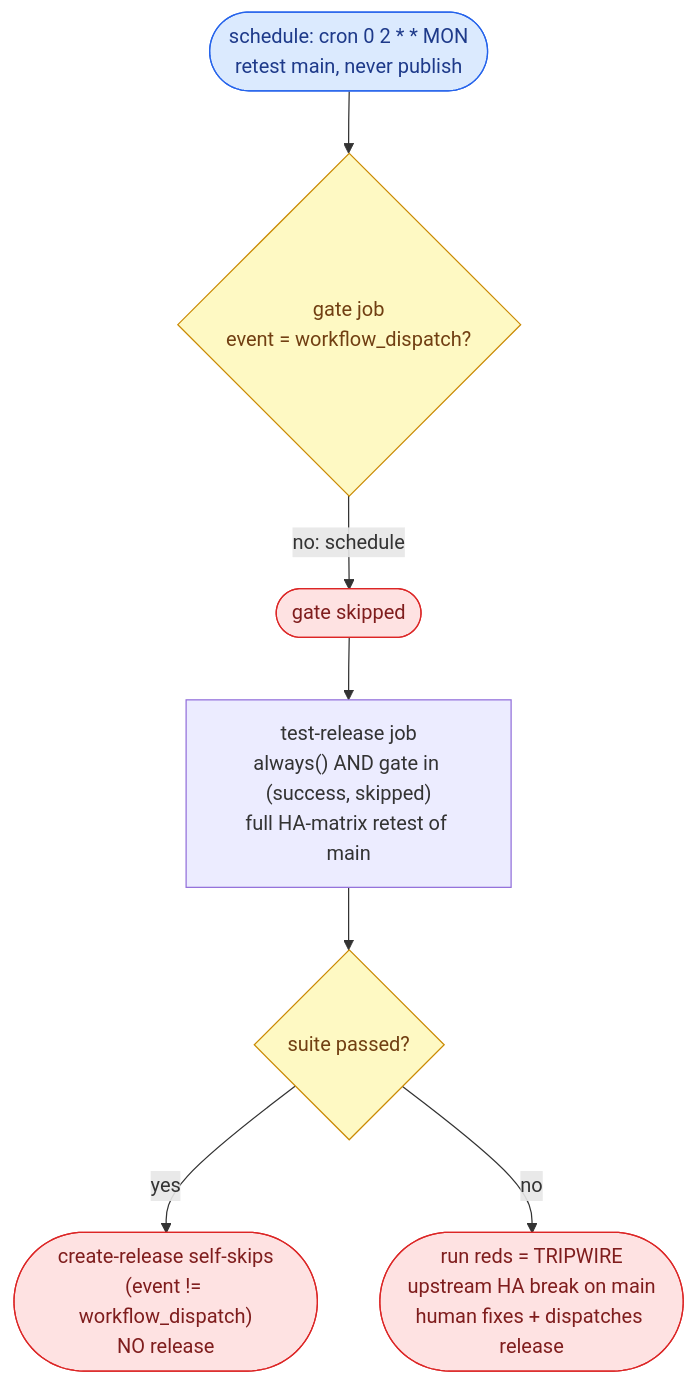
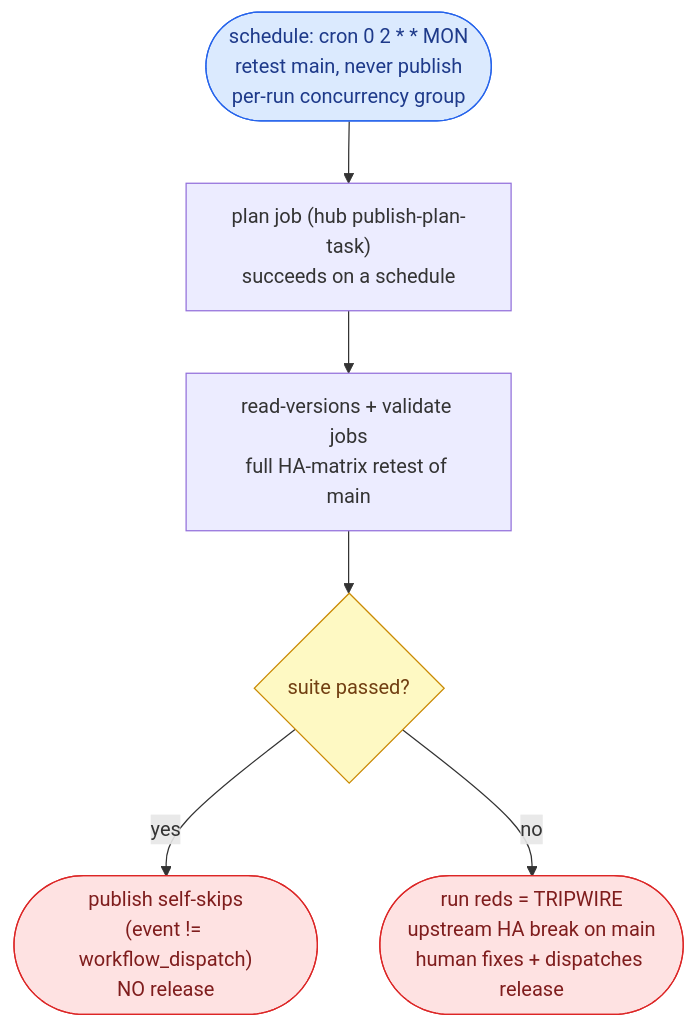
The third of 4 diagrams in WORKFLOW.md (ptr727/homeassistant-purpleair), drawn with Mermaid before and after one commit. The commit also changed other lines of this file and 11 other files, not shown here.

First line of the commit message:
Adopt the hub validation gate

````diff
--- a/WORKFLOW.md
+++ b/WORKFLOW.md
@@ -325,13 +337,12 @@
 ```mermaid
 flowchart TD
-    SCH(["schedule: cron 0 2 * * MON<br/>retest main, never publish"]):::trig --> GTS{"gate job<br/>event = workflow_dispatch?"}:::gate
-    GTS -- "no: schedule" --> GSKIP(["gate skipped"]):::stop
-    GSKIP --> TRS["test-release job<br/>always() AND gate in (success, skipped)<br/>full HA-matrix retest of main"]
+    SCH(["schedule: cron 0 2 * * MON<br/>retest main, never publish<br/>per-run concurrency group"]):::trig --> GTS["plan job (hub publish-plan-task)<br/>succeeds on a schedule"]
+    GTS --> TRS["read-versions + validate jobs<br/>full HA-matrix retest of main"]
     TRS --> TROK{"suite passed?"}:::gate
-    TROK -- "yes" --> CRS(["create-release self-skips<br/>(event != workflow_dispatch)<br/>NO release"]):::stop
+    TROK -- "yes" --> CRS(["publish self-skips<br/>(event != workflow_dispatch)<br/>NO release"]):::stop
     TROK -- "no" --> TRIP(["run reds = TRIPWIRE<br/>upstream HA break on main<br/>human fixes + dispatches release"]):::stop
     classDef trig fill:#dbeafe,stroke:#2563eb,color:#1e3a8a
     classDef gate fill:#fef9c3,stroke:#ca8a04,color:#713f12
     classDef pub fill:#dcfce7,stroke:#16a34a,color:#14532d
     classDef stop fill:#fee2e2,stroke:#dc2626,color:#7f1d1d
 ```
````
